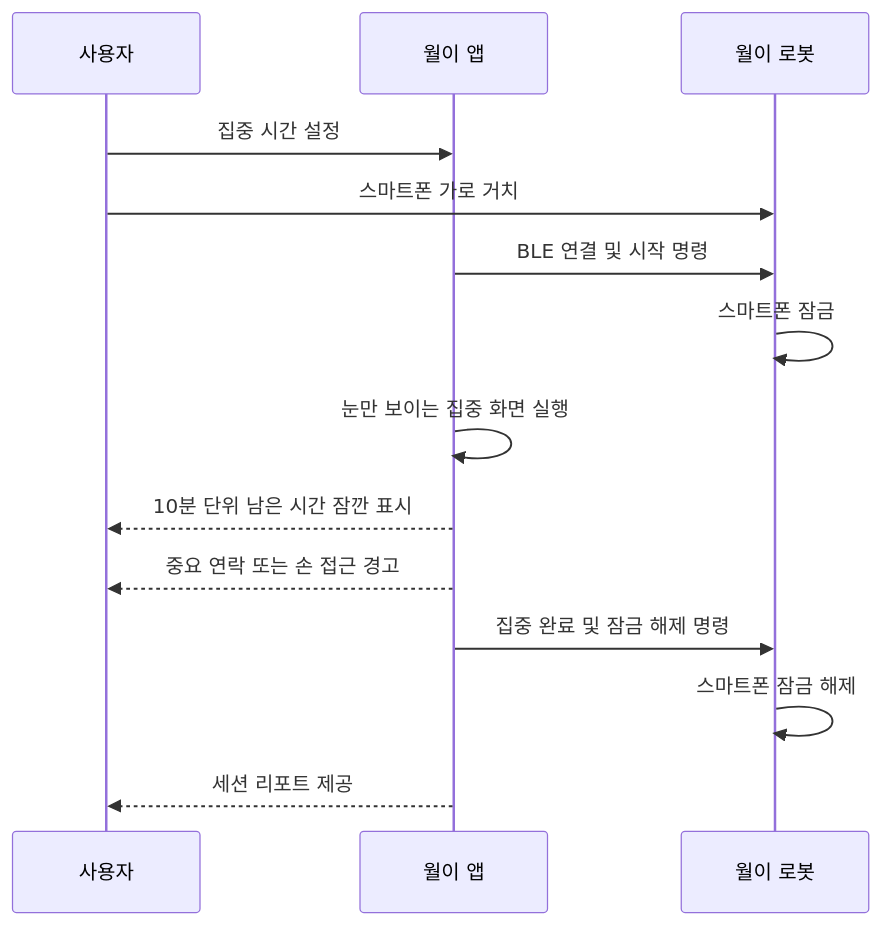
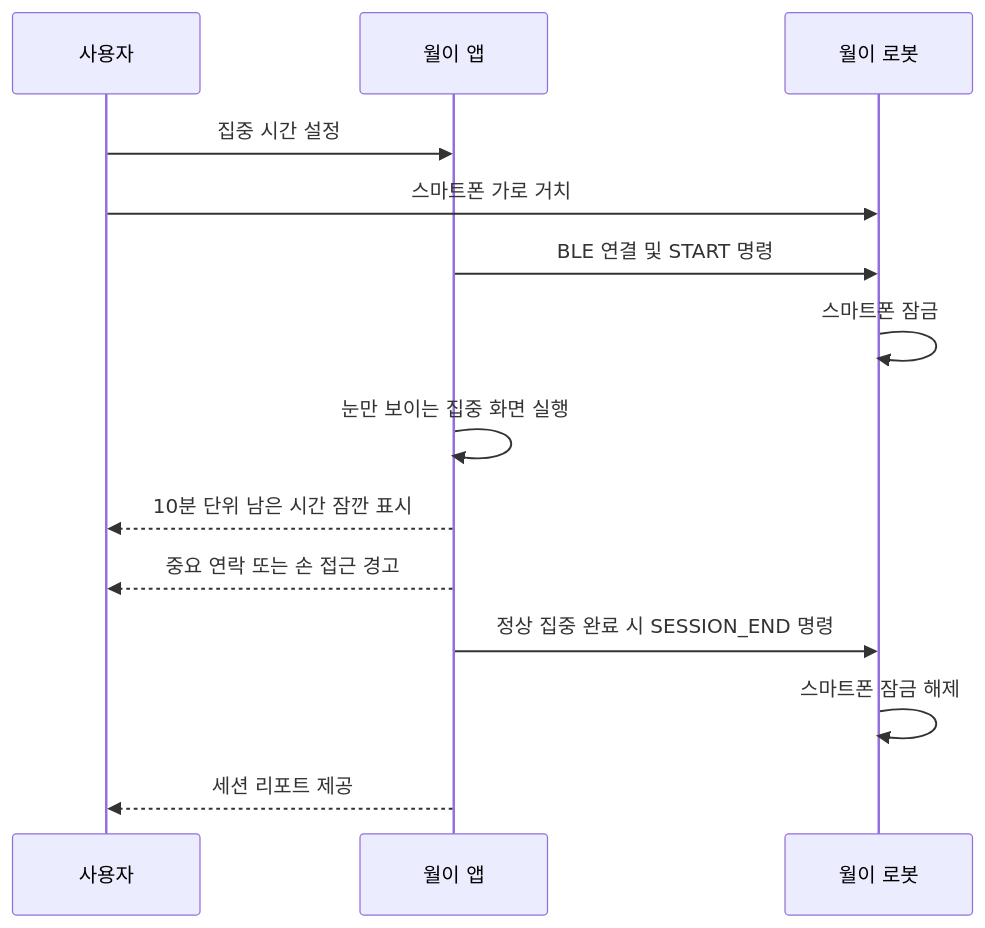
The second of 2 diagrams in 디지털_디톡스_로봇_월이_기획안.md (kwakminoo/Project-WallE), drawn with Mermaid before and after one commit. The commit also changed other lines of this file and 24 other files, not shown here.

````diff
--- a/디지털_디톡스_로봇_월이_기획안.md
+++ b/디지털_디톡스_로봇_월이_기획안.md
@@ -380,17 +381,17 @@
 ```mermaid
 sequenceDiagram
     participant U as 사용자
     participant A as 월이 앱
     participant R as 월이 로봇
 
     U->>A: 집중 시간 설정
     U->>R: 스마트폰 가로 거치
-    A->>R: BLE 연결 및 시작 명령
+    A->>R: BLE 연결 및 START 명령
     R->>R: 스마트폰 잠금
     A->>A: 눈만 보이는 집중 화면 실행
     A-->>U: 10분 단위 남은 시간 잠깐 표시
     A-->>U: 중요 연락 또는 손 접근 경고
-    A->>R: 집중 완료 및 잠금 해제 명령
+    A->>R: 정상 집중 완료 시 SESSION_END 명령
     R->>R: 스마트폰 잠금 해제
     A-->>U: 세션 리포트 제공
 ```
````
